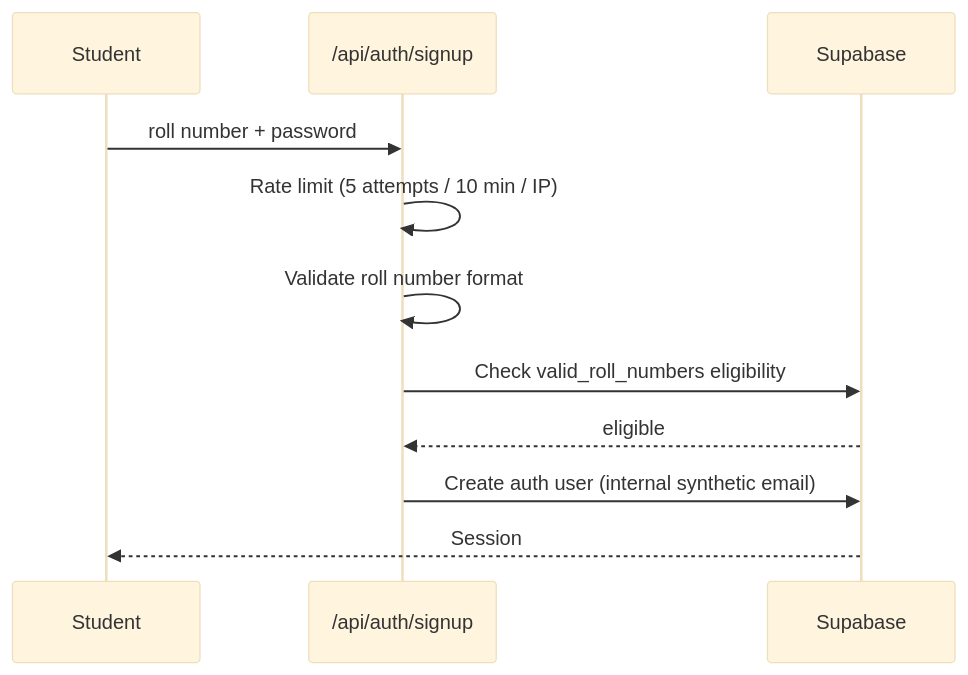
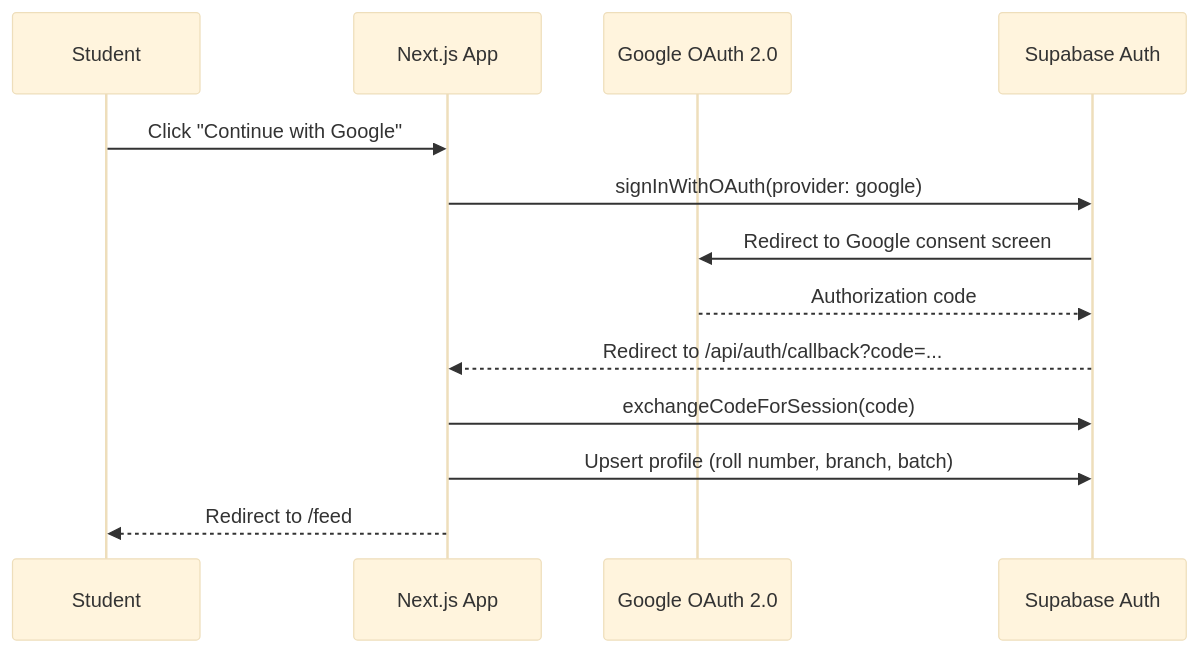
Before and after one commit to MadhuriChowdary73/Placeport: the second of 2 diagrams in README.md, drawn with Mermaid (base theme). The commit also changed other lines of this file, not shown here.

````diff
--- a/README.md
+++ b/README.md
@@ -95,13 +95,15 @@
 ```mermaid
 sequenceDiagram
     participant S as Student
-    participant API as /api/auth/signup
-    participant DB as Supabase
-    S->>API: roll number + password
-    API->>API: Rate limit (5 attempts / 10 min / IP)
-    API->>API: Validate roll number format
-    API->>DB: Check valid_roll_numbers eligibility
-    DB-->>API: eligible
-    API->>DB: Create auth user (internal synthetic email)
-    DB-->>S: Session
+    participant App as Next.js App
+    participant G as Google OAuth 2.0
+    participant SB as Supabase Auth
+    S->>App: Click "Continue with Google"
+    App->>SB: signInWithOAuth(provider: google)
+    SB->>G: Redirect to Google consent screen
+    G-->>SB: Authorization code
+    SB-->>App: Redirect to /api/auth/callback?code=...
+    App->>SB: exchangeCodeForSession(code)
+    App->>SB: Upsert profile (roll number, branch, batch)
+    App-->>S: Redirect to /feed
 ```
````
